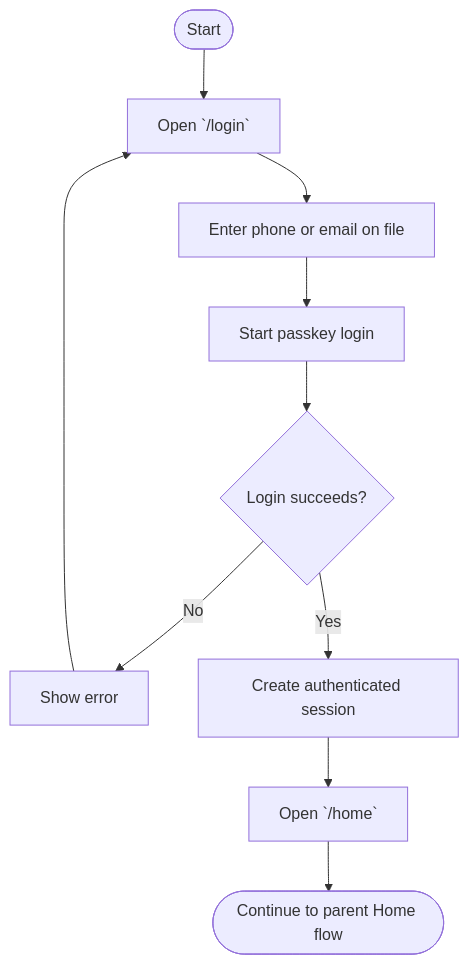
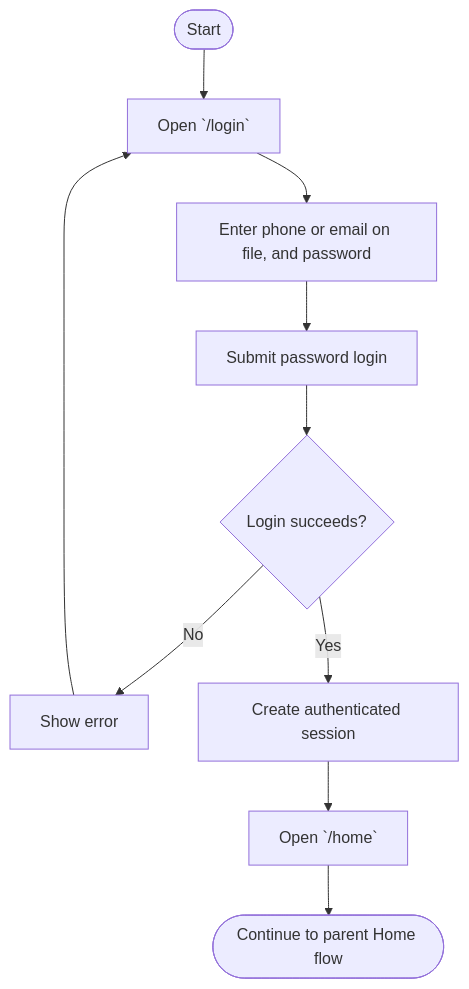
Diagram 20 of 29 in docs/flow-charts.md (kazes5/soccer), drawn with Mermaid before and after one commit. The commit also changed other lines of this file and 120 other files, not shown here.

````diff
--- a/docs/flow-charts.md
+++ b/docs/flow-charts.md
@@ -393,12 +390,12 @@
 ```mermaid
 flowchart TD
     A([Start]) --> B[Open `/login`]
-    B --> C[Enter phone or email on file]
-    C --> D[Start passkey login]
+    B --> C[Enter phone or email on file, and password]
+    C --> D[Submit password login]
     D --> E{Login succeeds?}
     E -->|No| F[Show error]
     F --> B
     E -->|Yes| G[Create authenticated session]
     G --> H[Open `/home`]
     H --> I([Continue to parent Home flow])
 ```
````
